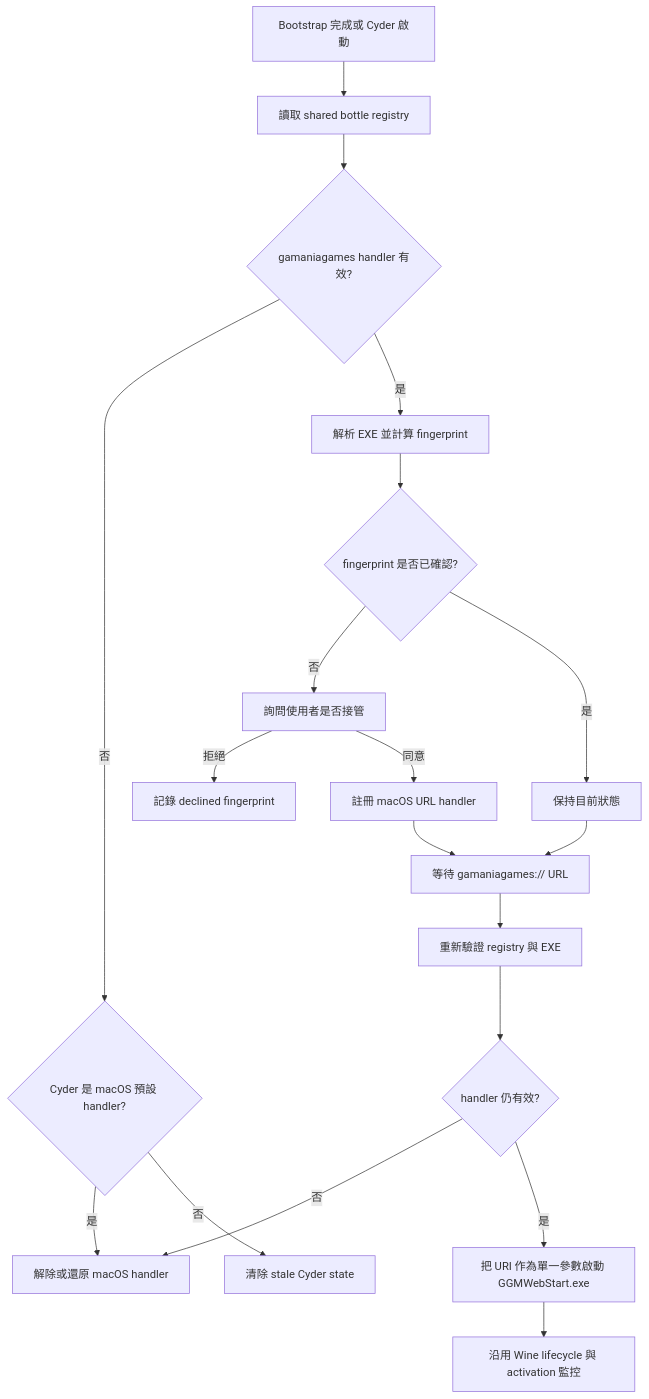
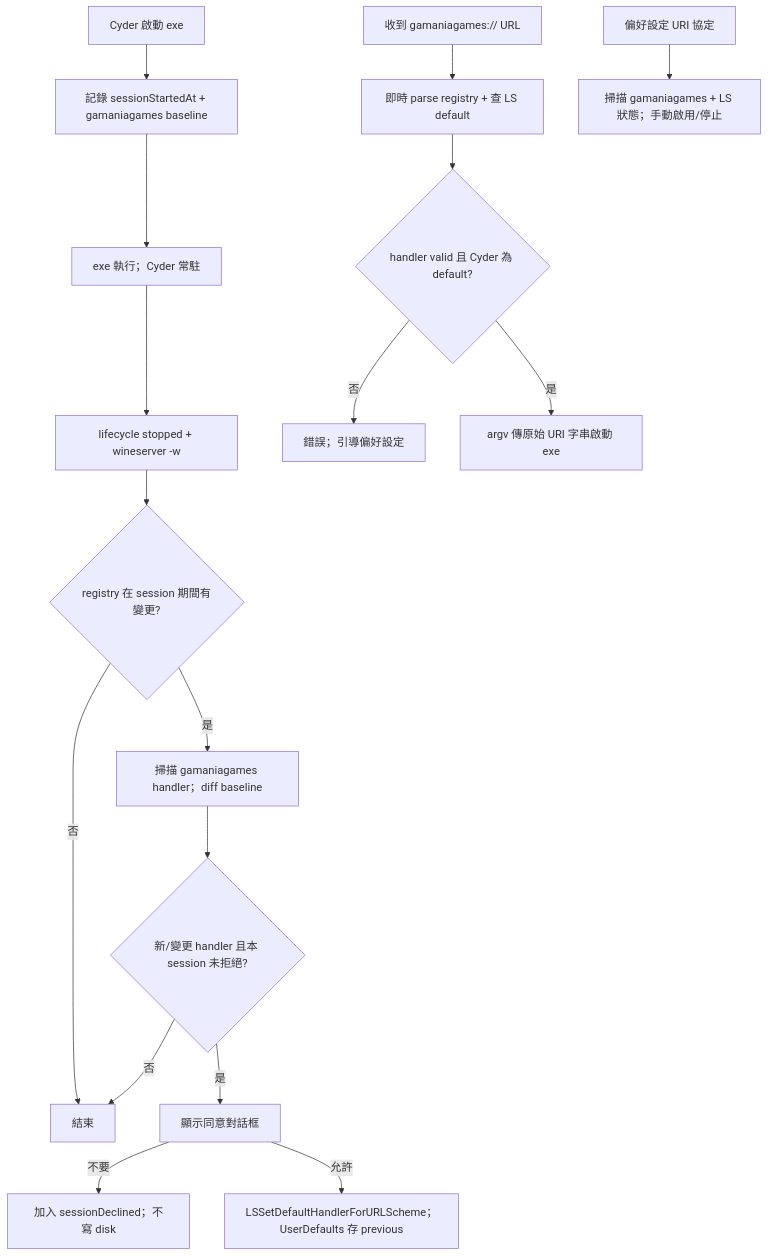
The diagram in docs/cyder-gamaniagames-url-handler.zh-TW.md (dspp779/CyderBits), drawn with Mermaid before and after one commit. The commit also changed other lines of this file, not shown here.

First line of the commit message:
docs: finalize gamaniagames URI handler design

````diff
--- a/docs/cyder-gamaniagames-url-handler.zh-TW.md
+++ b/docs/cyder-gamaniagames-url-handler.zh-TW.md
@@ -75,21 +77,19 @@
 ```mermaid
 flowchart TD
-    A[Bootstrap 完成或 Cyder 啟動] --> B[讀取 shared bottle registry]
-    B --> C{gamaniagames handler 有效?}
-    C -->|否| D{Cyder 是 macOS 預設 handler?}
-    D -->|是| E[解除或還原 macOS handler]
-    D -->|否| F[清除 stale Cyder state]
-    C -->|是| G[解析 EXE 並計算 fingerprint]
-    G --> H{fingerprint 是否已確認?}
-    H -->|否| I[詢問使用者是否接管]
-    I -->|拒絕| J[記錄 declined fingerprint]
-    I -->|同意| K[註冊 macOS URL handler]
-    H -->|是| L[保持目前狀態]
-    K --> M[等待 gamaniagames:// URL]
-    L --> M
-    M --> N[重新驗證 registry 與 EXE]
-    N --> O{handler 仍有效?}
-    O -->|否| E
-    O -->|是| P[把 URI 作為單一參數啟動 GGMWebStart.exe]
-    P --> Q[沿用 Wine lifecycle 與 activation 監控]
+    A[Cyder 啟動 exe] --> B[記錄 sessionStartedAt + gamaniagames baseline]
+    B --> C[exe 執行；Cyder 常駐]
+    C --> D[lifecycle stopped + wineserver -w]
+    D --> E{registry 在 session 期間有變更?}
+    E -->|否| F[結束]
+    E -->|是| G[掃描 gamaniagames handler；diff baseline]
+    G --> H{新/變更 handler 且本 session 未拒絕?}
+    H -->|否| F
+    H -->|是| I[顯示同意對話框]
+    I -->|不要| J[加入 sessionDeclined；不寫 disk]
+    I -->|允許| K[LSSetDefaultHandlerForURLScheme；UserDefaults 存 previous]
+    L[收到 gamaniagames:// URL] --> M[即時 parse registry + 查 LS default]
+    M --> N{handler valid 且 Cyder 為 default?}
+    N -->|否| O[錯誤；引導偏好設定]
+    N -->|是| P[argv 傳原始 URI 字串啟動 exe]
+    Q[偏好設定 URI 協定] --> R[掃描 gamaniagames + LS 狀態；手動啟用/停止]
 ```
````
